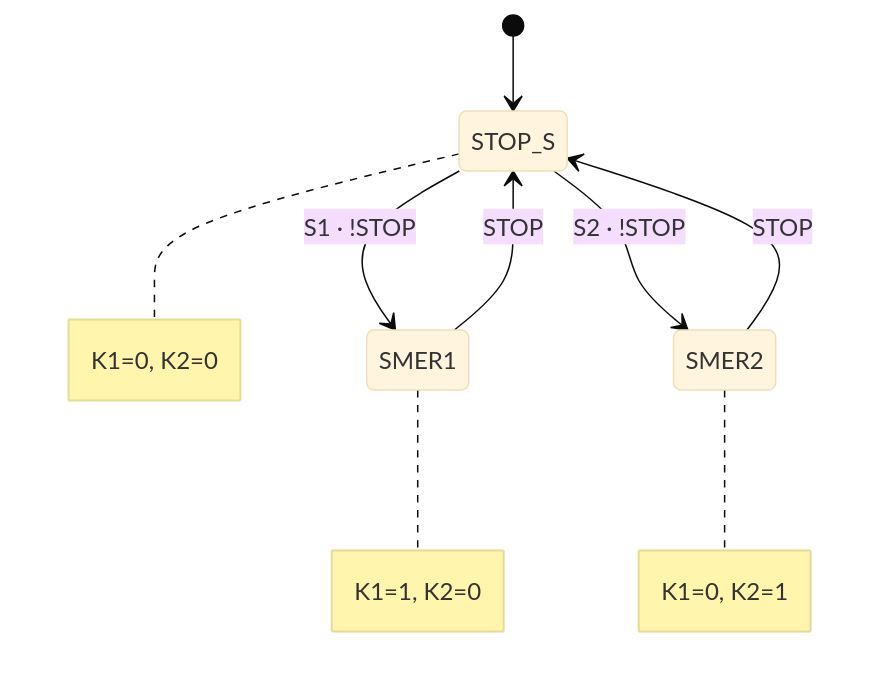
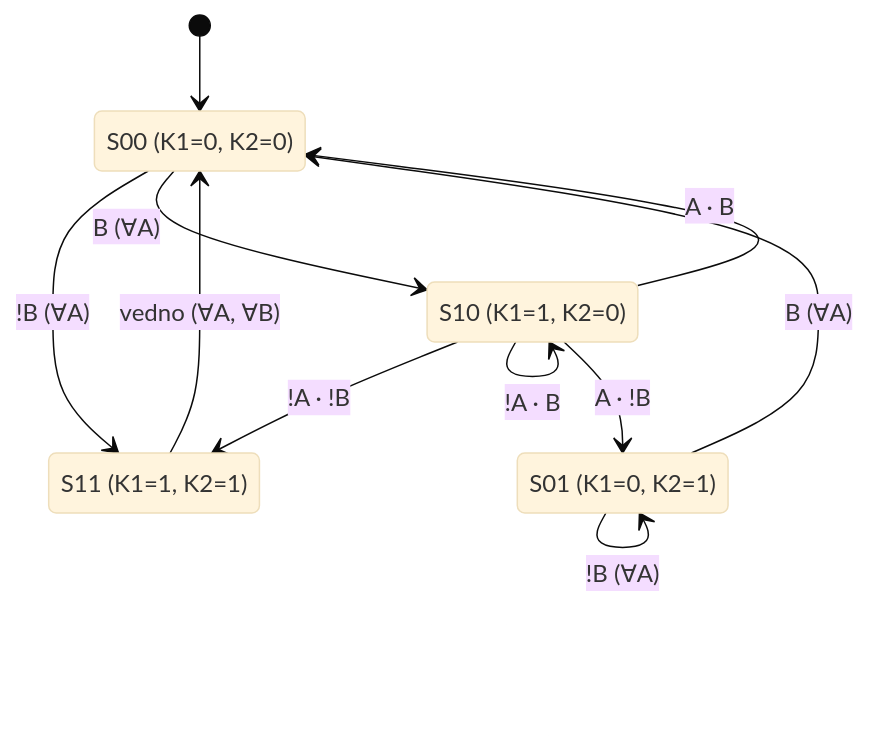
Before and after one commit to fsprojekti/teach-plk: the diagram in exams/kolokvij-1/kolokvij-1-resitve.md, drawn with Mermaid (base theme). The commit also changed other lines of this file and 7 other files, not shown here.

````diff
--- a/exams/kolokvij-1/kolokvij-1-resitve.md
+++ b/exams/kolokvij-1/kolokvij-1-resitve.md
@@ -244,14 +192,22 @@
 ```mermaid
 stateDiagram-v2
-    [*] --> STOP_S
+    S00 : S00 (K1=0, K2=0)
+    S01 : S01 (K1=0, K2=1)
+    S10 : S10 (K1=1, K2=0)
+    S11 : S11 (K1=1, K2=1)
 
-    STOP_S --> SMER1  : S1 · !STOP
-    STOP_S --> SMER2  : S2 · !STOP
+    [*] --> S00
 
-    SMER1 --> STOP_S  : STOP
-    SMER2 --> STOP_S  : STOP
+    S00 --> S11 : !B  (∀A)
+    S00 --> S10 : B   (∀A)
 
-    note right of SMER1 : K1=1, K2=0
-    note right of SMER2 : K1=0, K2=1
-    note right of STOP_S : K1=0, K2=0
+    S01 --> S01 : !B  (∀A)
+    S01 --> S00 : B   (∀A)
+
+    S10 --> S11 : !A · !B
+    S10 --> S10 : !A · B
+    S10 --> S01 : A · !B
+    S10 --> S00 : A · B
+
+    S11 --> S00 : vedno (∀A, ∀B)
 ```
````
